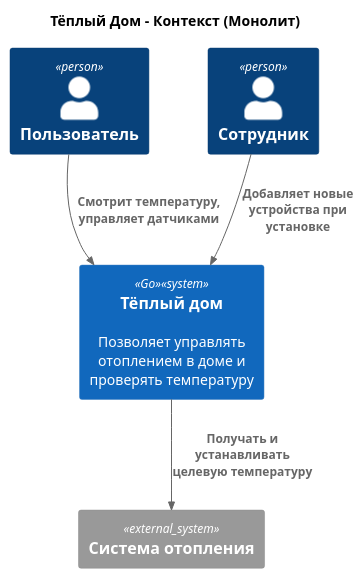
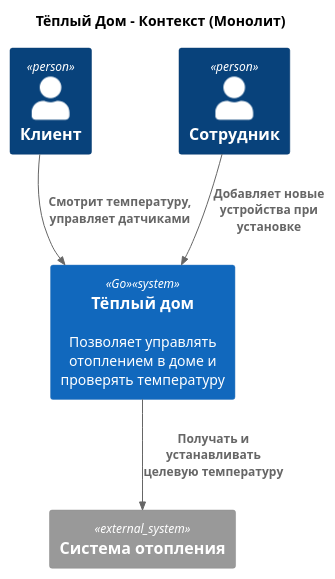
The diagram in diagrams/contexts/AS_IS_context.puml (bugurshik/warmhouse_practicum), drawn with PlantUML before and after one commit. The commit also changed 12 other files, not shown here.

```diff
--- a/diagrams/contexts/AS_IS_context.puml
+++ b/diagrams/contexts/AS_IS_context.puml
@@ -1,18 +1,18 @@
 @startuml Основное приложение - Context Diagram
 !include https://raw.githubusercontent.com/plantuml-stdlib/C4-PlantUML/master/C4_Context.puml
 
 title Тёплый Дом - Контекст (Монолит)
 
-Person(user, "Пользователь", "")
-Person(customer, "Сотрудник")
+Person(customer, "Клиент", "")
+Person(employee, "Сотрудник")
 
 System(app, "Тёплый дом", "Позволяет управлять отоплением в доме и проверять температуру", "", "Go")
 
 System_Ext(heating, "Система отопления")
 
 ' Связи
-Rel(user, app, "Смотрит температуру, управляет датчиками")
-Rel(customer, app, "Добавляет новые устройства при установке")
+Rel(customer, app, "Смотрит температуру, управляет датчиками")
+Rel(employee, app, "Добавляет новые устройства при установке")
 Rel(app, heating, "Получать и устанавливать целевую температуру")
 
 @enduml
```
